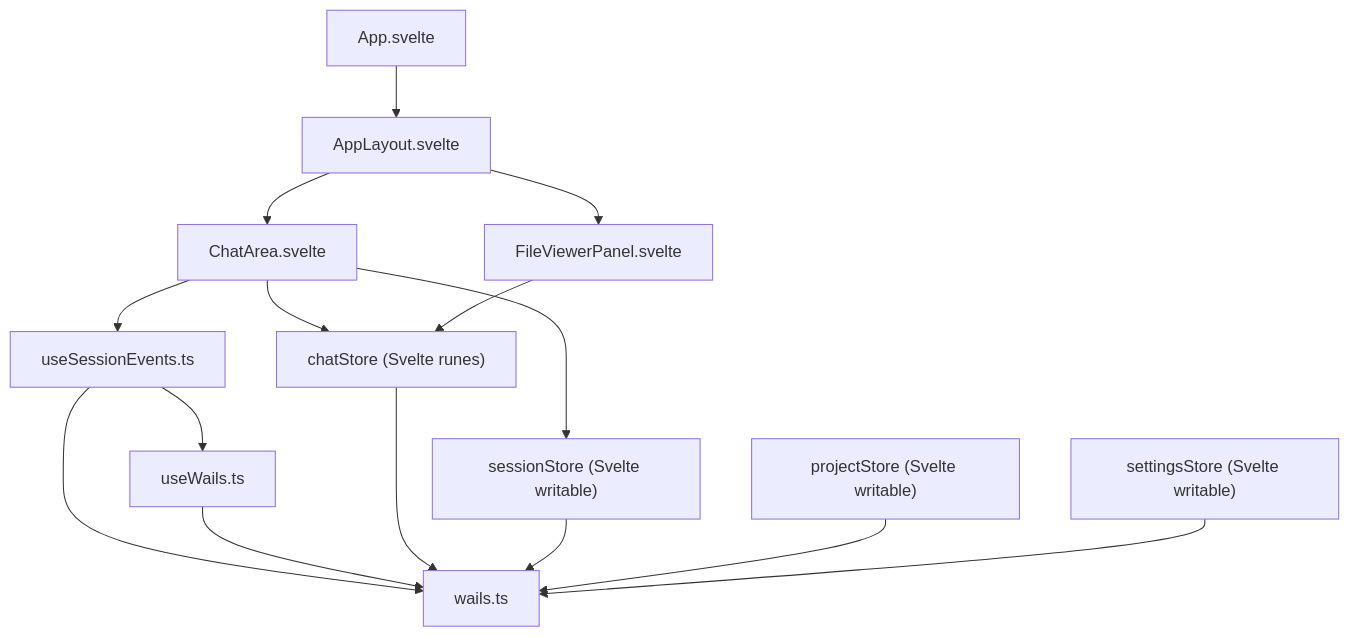
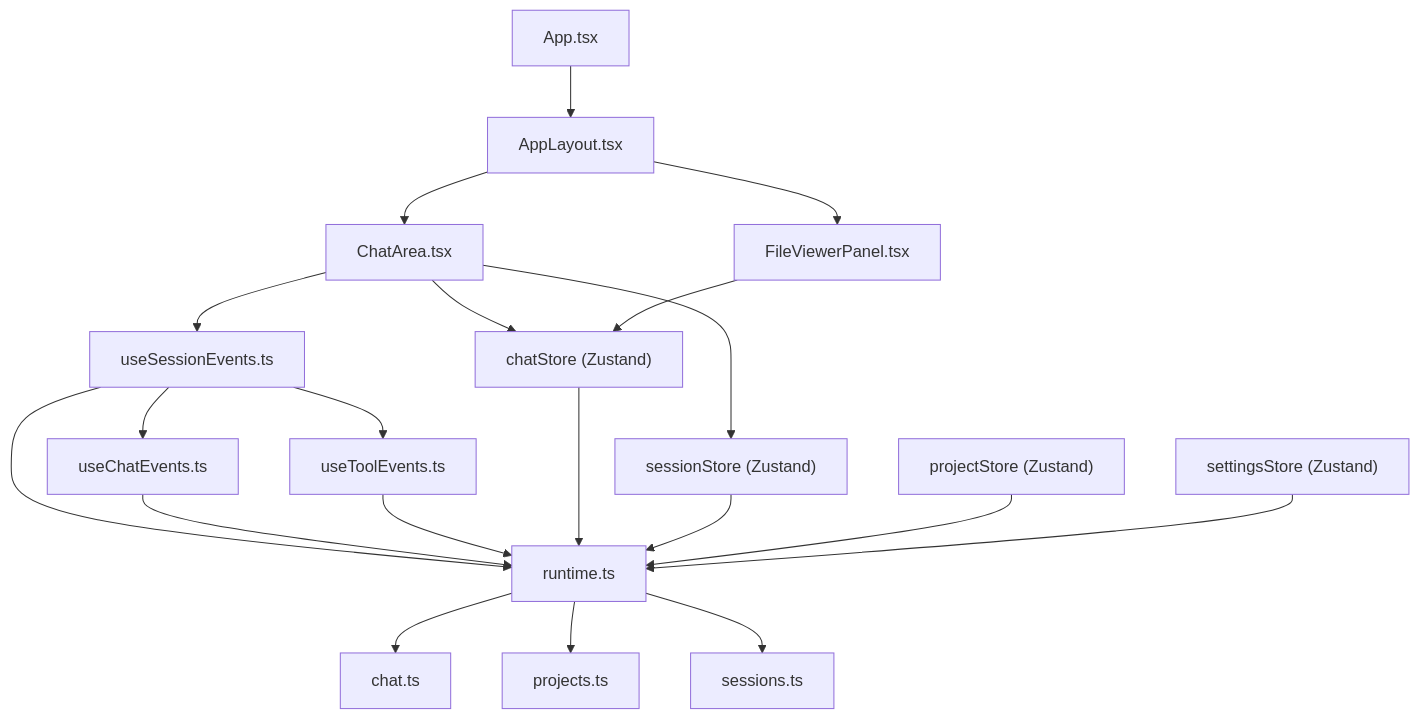
One commit to v0lka/c0wrk changed the second of 7 diagrams in .qoder/repowiki/en/content/Architecture/Frontend Application Architecture.md. Above: the diagram before and after it, drawn with Mermaid. The commit also changed other lines of this file and 13 other files, not shown here.

````diff
--- a/.qoder/repowiki/en/content/Architecture/Frontend Application Architecture.md
+++ b/.qoder/repowiki/en/content/Architecture/Frontend Application Architecture.md
@@ -159,28 +168,37 @@
 ```mermaid
 graph TB
-A["App.svelte"]
-AL["AppLayout.svelte"]
-CA["ChatArea.svelte"]
-FVP["FileViewerPanel.svelte"]
-CS["chatStore (Svelte runes)"]
-SS["sessionStore (Svelte writable)"]
-PS["projectStore (Svelte writable)"]
-SETS["settingsStore (Svelte writable)"]
+A["App.tsx"]
+AL["AppLayout.tsx"]
+CA["ChatArea.tsx"]
+FVP["FileViewerPanel.tsx"]
+CS["chatStore (Zustand)"]
+SS["sessionStore (Zustand)"]
+PS["projectStore (Zustand)"]
+SETS["settingsStore (Zustand)"]
 USE["useSessionEvents.ts"]
-UWL["useWails.ts"]
-WLIB["wails.ts"]
+UCE["useChatEvents.ts"]
+UTE["useToolEvents.ts"]
+RT["runtime.ts"]
+CH["chat.ts"]
+PR["projects.ts"]
+SE["sessions.ts"]
 A --> AL
 AL --> CA
 AL --> FVP
 CA --> CS
 CA --> SS
 CA --> USE
 FVP --> CS
-USE --> UWL
-USE --> WLIB
-UWL --> WLIB
-CS --> WLIB
-SS --> WLIB
-PS --> WLIB
-SETS --> WLIB
+USE --> UCE
+USE --> UTE
+USE --> RT
+UCE --> RT
+UTE --> RT
+RT --> CH
+RT --> PR
+RT --> SE
+CS --> RT
+SS --> RT
+PS --> RT
+SETS --> RT
 ```
````
